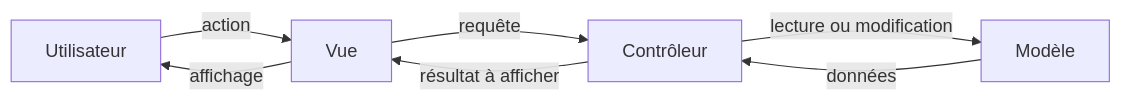
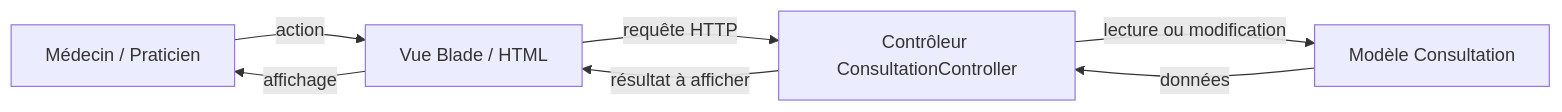
One commit to Oussama-Ech-charef/projet_file_rougee changed the first of 3 diagrams in Rapport/Architecture logicielle/architecture_du_system.md. Above: the diagram before and after it, drawn with Mermaid. The commit also changed other lines of this file and 12 other files, not shown here.

````diff
--- a/Rapport/Architecture logicielle/architecture_du_system.md
+++ b/Rapport/Architecture logicielle/architecture_du_system.md
@@ -11,9 +11,9 @@
 ```mermaid
 flowchart LR
-    U[Utilisateur] -->|action| V[Vue]
-    V -->|requête| C[Contrôleur]
-    C -->|lecture ou modification| M[Modèle]
+    U[Médecin / Praticien] -->|action| V[Vue Blade / HTML]
+    V -->|requête HTTP| C[Contrôleur ConsultationController]
+    C -->|lecture ou modification| M[Modèle Consultation]
     M -->|données| C
     C -->|résultat à afficher| V
     V -->|affichage| U
 ```
````
